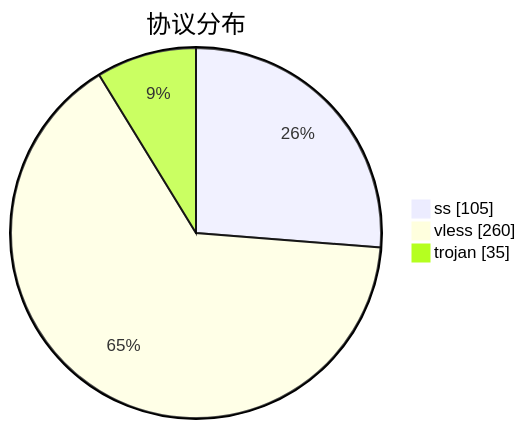
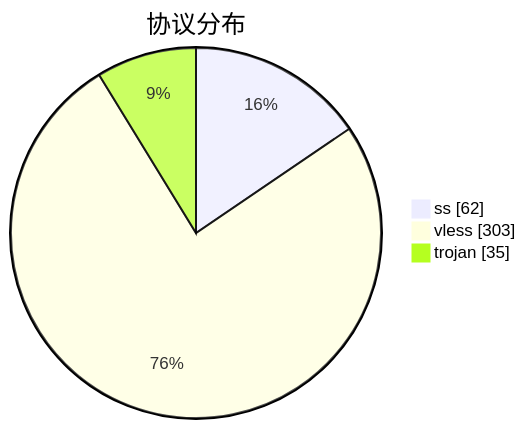
One commit to qjlxg/airport changed the third of 3 diagrams in subs/statistics/tested_within.md. Above: the diagram before and after it, drawn with Mermaid. The commit also changed other lines of this file and 2 other files, not shown here.

````diff
--- a/subs/statistics/tested_within.md
+++ b/subs/statistics/tested_within.md
@@ -19,7 +18,7 @@
 ```mermaid
 pie showData
 title 协议分布
-"ss" : 105
-"vless" : 260
+"ss" : 62
+"vless" : 303
 "trojan" : 35
 ```
````
